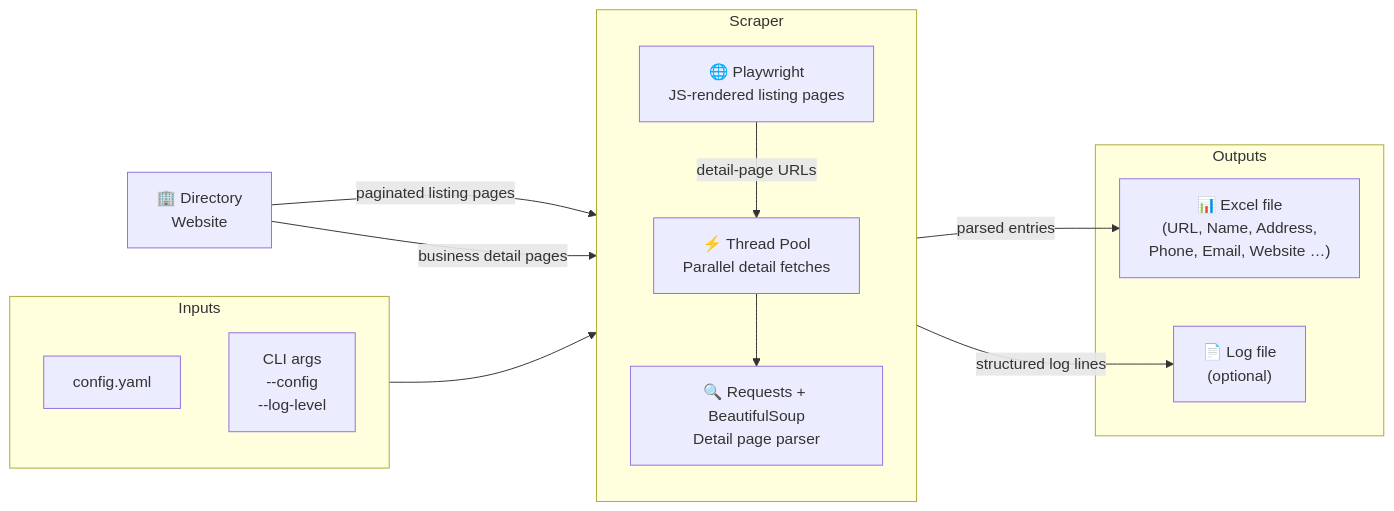
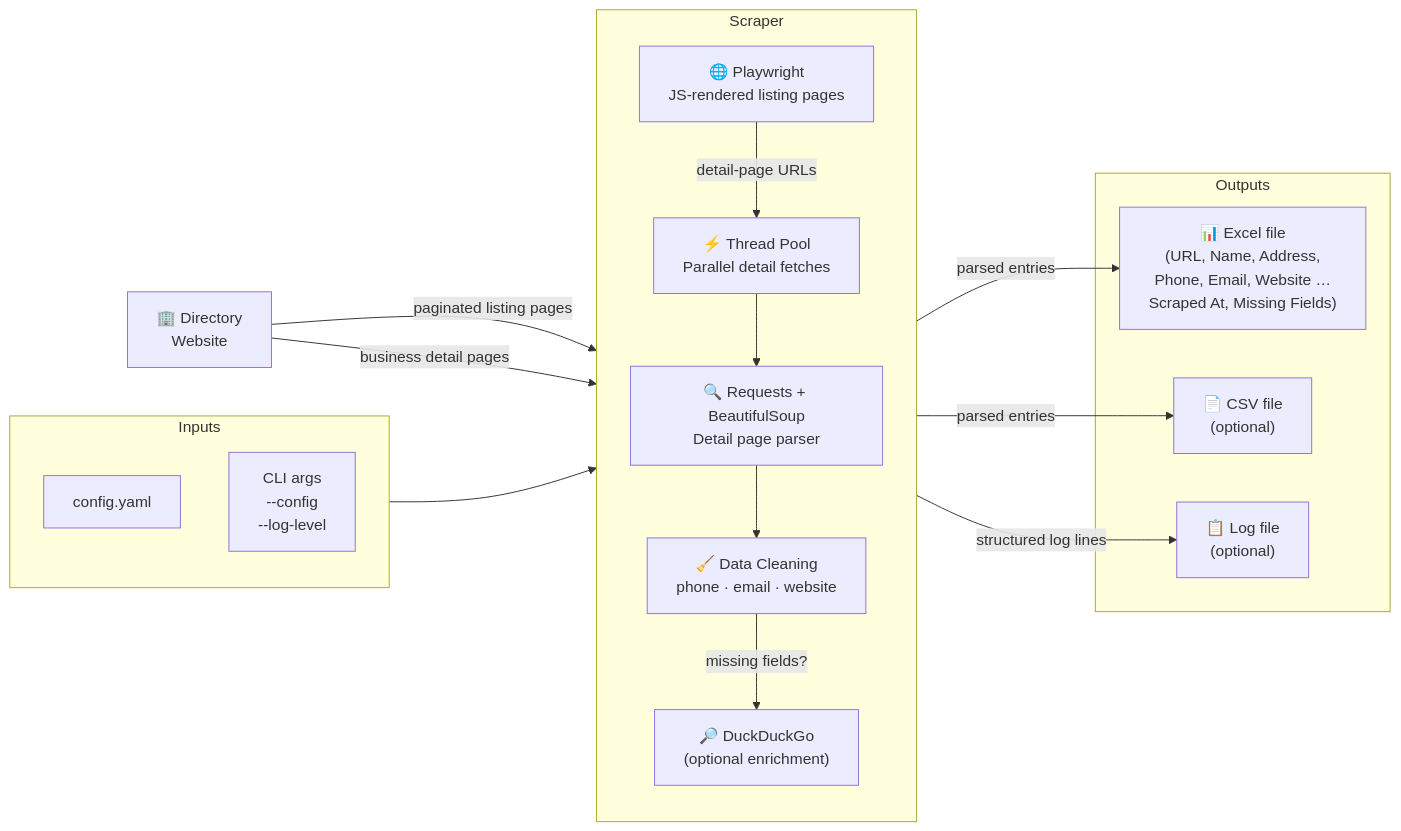
The second of 2 diagrams in README.md (jakobeichberger/Business-Directory-Scraper), drawn with Mermaid before and after one commit. The commit also changed other lines of this file and 3 other files, not shown here.

Commit message:
Add configurable selectors, data cleaning, missing-field tracking, CSV export, and DuckDuckGo enrichment

````diff
--- a/README.md
+++ b/README.md
@@ -37,27 +42,33 @@
 ```mermaid
 flowchart LR
     subgraph inputs [" Inputs "]
         CFG[config.yaml]
         CLI[CLI args\n--config\n--log-level]
     end
 
     subgraph scraper [" Scraper "]
         direction TB
         PW["🌐 Playwright\nJS-rendered listing pages"]
         TP["⚡ Thread Pool\nParallel detail fetches"]
         RQ["🔍 Requests + BeautifulSoup\nDetail page parser"]
+        CLN["🧹 Data Cleaning\nphone · email · website"]
+        DDG["🔎 DuckDuckGo\n(optional enrichment)"]
         PW -- "detail-page URLs" --> TP
         TP --> RQ
+        RQ --> CLN
+        CLN -- "missing fields?" --> DDG
     end
 
     subgraph outputs [" Outputs "]
-        XL["📊 Excel file\n(URL, Name, Address,\nPhone, Email, Website …)"]
-        LOG["📄 Log file\n(optional)"]
+        XL["📊 Excel file\n(URL, Name, Address,\nPhone, Email, Website …\nScraped At, Missing Fields)"]
+        CSV["📄 CSV file\n(optional)"]
+        LOG["📋 Log file\n(optional)"]
     end
 
     WEB["🏢 Directory\nWebsite"] -- "paginated listing pages" --> PW
     WEB -- "business detail pages" --> RQ
     inputs --> scraper
-    RQ -- "parsed entries" --> XL
+    CLN -- "parsed entries" --> XL
+    CLN -- "parsed entries" --> CSV
     scraper -- "structured log lines" --> LOG
 ```
````
